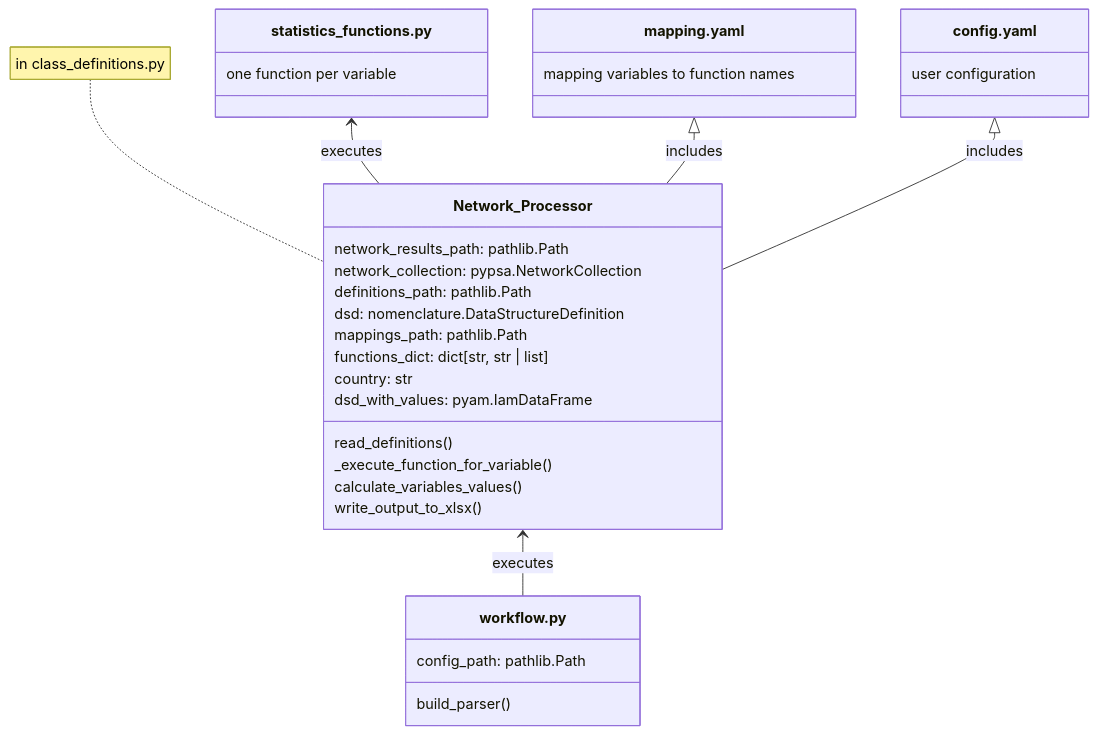
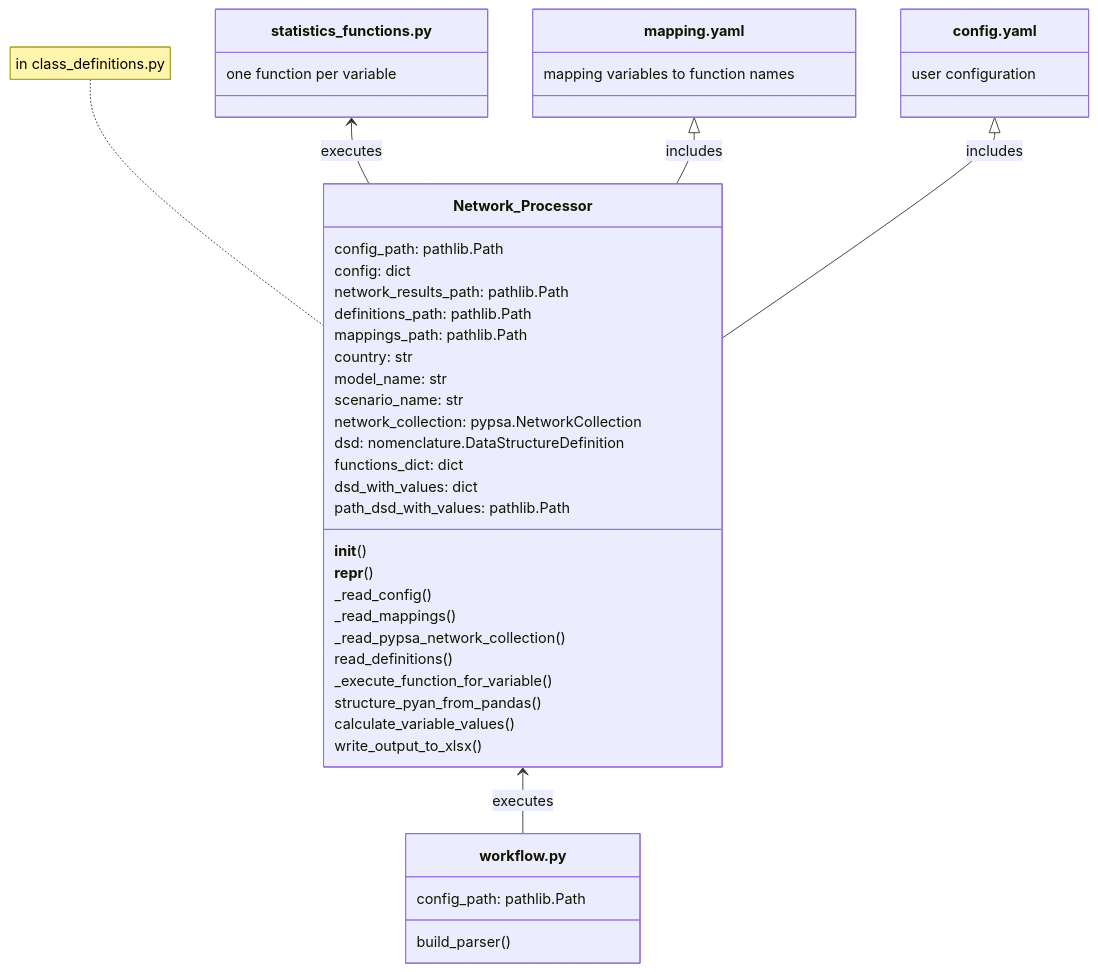
One commit to maxnutz/pypsa_validation_processing changed the diagram in .github/copilot-instructions.md. Above: the diagram before and after it, drawn with Mermaid. The commit also changed other lines of this file and 7 other files, not shown here.

````diff
--- a/.github/copilot-instructions.md
+++ b/.github/copilot-instructions.md
@@ -11,40 +11,52 @@
 ```mermaid
 classDiagram
     class workflow.py{
         config_path: pathlib.Path
         build_parser()
     }
 
     class statistics_functions.py{
         one function per variable
     }
 
     class mapping.yaml{
         mapping variables to function names
     }
 
     class config.yaml{
         user configuration
     }
 
     Network_Processor <-- workflow.py : executes
     statistics_functions.py <-- Network_Processor : executes
     mapping.yaml <|-- Network_Processor : includes
     config.yaml <|-- Network_Processor : includes
 
     class Network_Processor{
+        config_path: pathlib.Path
+        config: dict
         network_results_path: pathlib.Path
+        definitions_path: pathlib.Path
+        mappings_path: pathlib.Path
+        country: str
+        model_name: str
+        scenario_name: str
         network_collection: pypsa.NetworkCollection
-        definitions_path: pathlib.Path
         dsd: nomenclature.DataStructureDefinition
-        mappings_path: pathlib.Path
-        functions_dict: dict[str, str | list]
-        country: str
-        dsd_with_values: pyam.IamDataFrame
+        functions_dict: dict
+        dsd_with_values: dict
+        path_dsd_with_values: pathlib.Path
+
+        __init__()
+        __repr__()
+        _read_config()
+        _read_mappings()
+        _read_pypsa_network_collection()
         read_definitions()
         _execute_function_for_variable()
-        calculate_variables_values()
+        structure_pyan_from_pandas()
+        calculate_variable_values()
         write_output_to_xlsx()
     }
     note for Network_Processor "in class_definitions.py"
 ```
````
